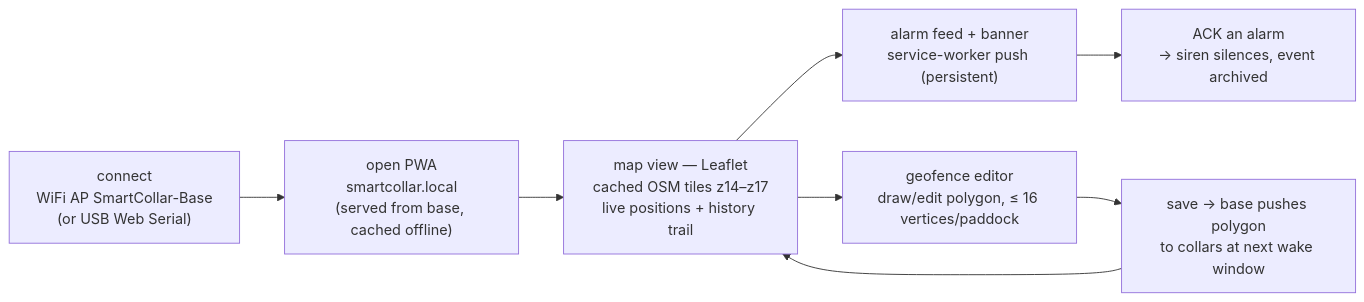
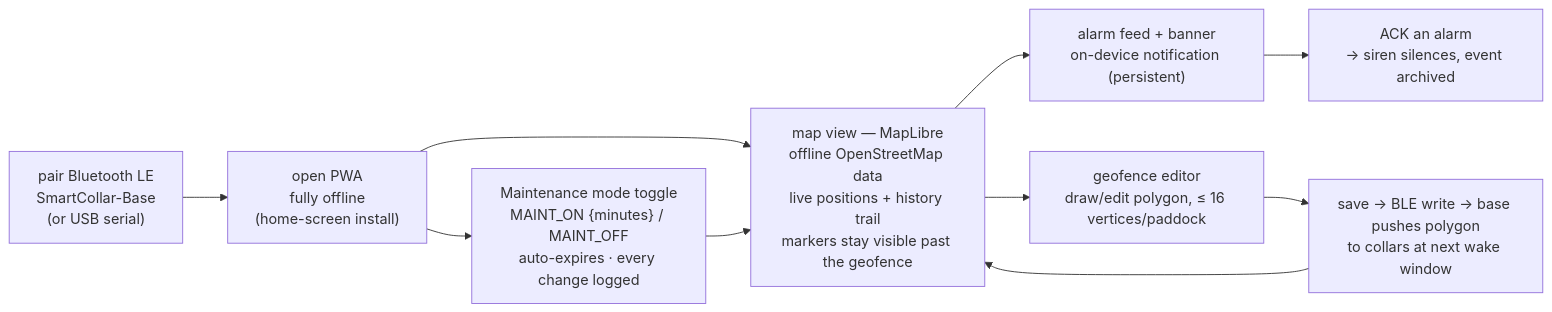
Before and after one commit to qppd/smart-collar: the third of 4 diagrams in docs/FLOWCHART.md, drawn with Mermaid. The commit also changed other lines of this file and 17 other files, not shown here.

First line of the commit message:
Docs: complete offline-first build guide with wiring diagram and Map Pack

````diff
--- a/docs/FLOWCHART.md
+++ b/docs/FLOWCHART.md
@@ -71,10 +76,12 @@
 ```mermaid
 flowchart LR
-    CONN["connect<br/>WiFi AP SmartCollar-Base<br/>(or USB Web Serial)"] --> OPEN["open PWA<br/>smartcollar.local<br/>(served from base, cached offline)"]
-    OPEN --> MAP["map view — Leaflet<br/>cached OSM tiles z14–z17<br/>live positions + history trail"]
-    MAP --> ALARMS["alarm feed + banner<br/>service-worker push (persistent)"]
+    CONN["pair Bluetooth LE<br/>SmartCollar-Base<br/>(or USB serial)"] --> OPEN["open PWA<br/>fully offline<br/>(home-screen install)"]
+    OPEN --> MAP["map view — MapLibre<br/>offline OpenStreetMap data<br/>live positions + history trail<br/>markers stay visible past the geofence"]
+    MAP --> ALARMS["alarm feed + banner<br/>on-device notification (persistent)"]
     ALARMS --> ACK["ACK an alarm<br/>→ siren silences, event archived"]
     MAP --> EDIT["geofence editor<br/>draw/edit polygon, ≤ 16 vertices/paddock"]
-    EDIT --> PUSH["save → base pushes polygon<br/>to collars at next wake window"]
+    EDIT --> PUSH["save → BLE write → base pushes polygon<br/>to collars at next wake window"]
     PUSH --> MAP
+    OPEN --> MAINT["Maintenance mode toggle<br/>MAINT_ON {minutes} / MAINT_OFF<br/>auto-expires · every change logged"]
+    MAINT --> MAP
 ```
````
